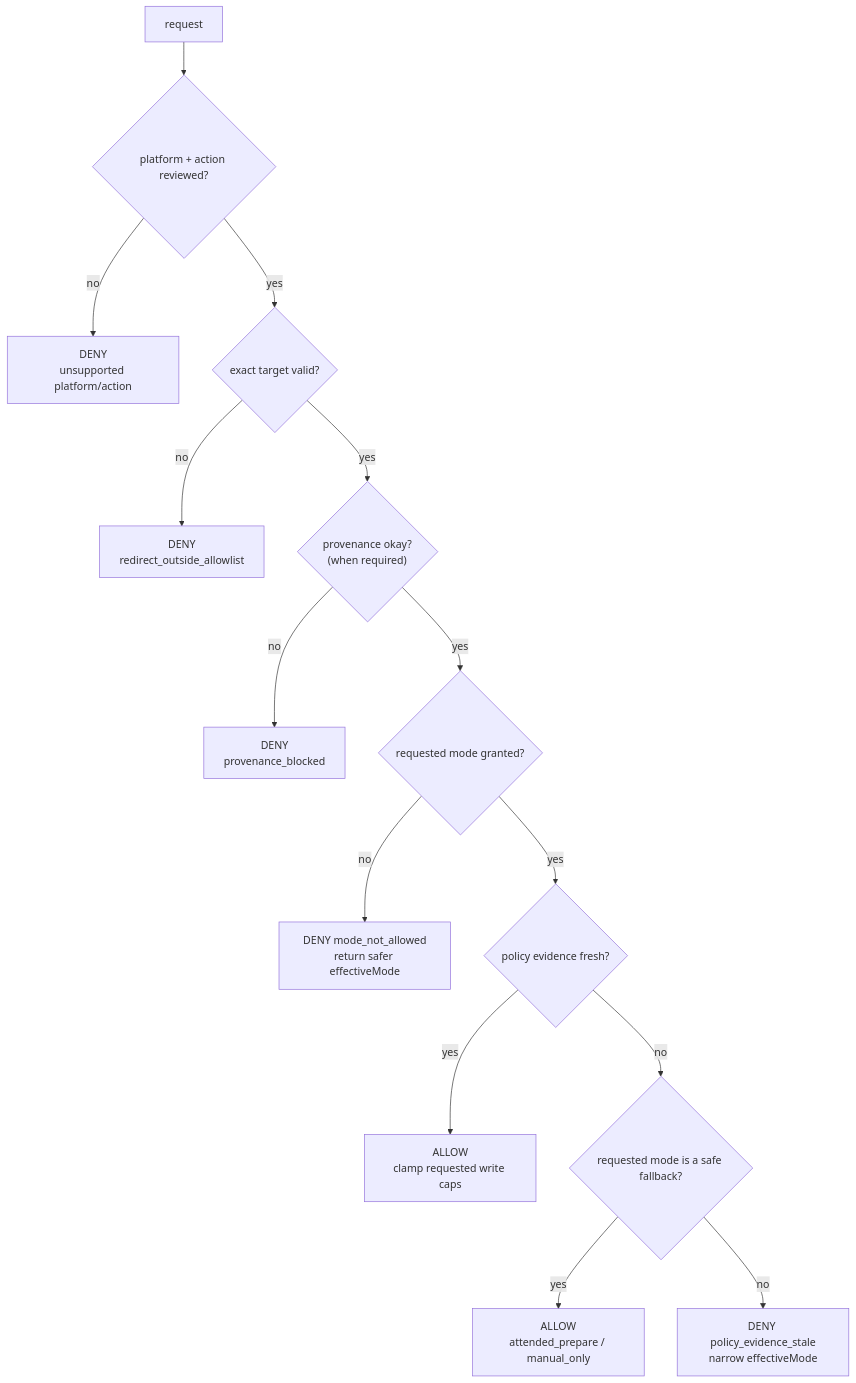
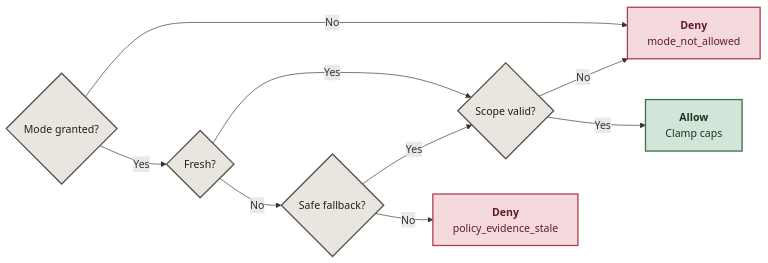
The second of 3 diagrams in README.md (Niyam-Paneru/agent-policy-core), drawn with Mermaid before and after one commit. The commit also changed other lines of this file, not shown here.

````diff
--- a/README.md
+++ b/README.md
@@ -9,16 +33,17 @@
 ```mermaid
-flowchart TD
-    A["request"] --> B{"platform + action reviewed?"}
-    B -- no --> D["DENY<br/>unsupported platform/action"]
-    B -- yes --> C{"exact target valid?"}
-    C -- no --> E["DENY<br/>redirect_outside_allowlist"]
-    C -- yes --> P{"provenance okay?<br/>(when required)"}
-    P -- no --> Q["DENY<br/>provenance_blocked"]
-    P -- yes --> M{"requested mode granted?"}
-    M -- no --> N["DENY mode_not_allowed<br/>return safer effectiveMode"]
-    M -- yes --> F{"policy evidence fresh?"}
-    F -- yes --> G["ALLOW<br/>clamp requested write caps"]
-    F -- no --> S{"requested mode is a safe fallback?"}
-    S -- yes --> H["ALLOW<br/>attended_prepare / manual_only"]
-    S -- no --> I["DENY policy_evidence_stale<br/>narrow effectiveMode"]
+flowchart LR
+    M{"Mode granted?"} -- No --> N["<b>Deny</b><br/>mode_not_allowed"]
+    M -- Yes --> F{"Fresh?"}
+    F -- Yes --> G{"Scope valid?"}
+    F -- No --> S{"Safe fallback?"}
+    S -- Yes --> G
+    S -- No --> I["<b>Deny</b><br/>policy_evidence_stale"]
+    G -- No --> N
+    G -- Yes --> H["<b>Allow</b><br/>Clamp caps"]
+    classDef input fill:#e8e6df,stroke:#55534a,color:#20201d,stroke-width:2px;
+    classDef pass fill:#d2e5d8,stroke:#38734d,color:#183923,stroke-width:2px;
+    classDef stop fill:#f4dadd,stroke:#b14253,color:#611c29,stroke-width:2px;
+    class M,F,S,G input;
+    class H pass;
+    class I,N stop;
 ```
````
